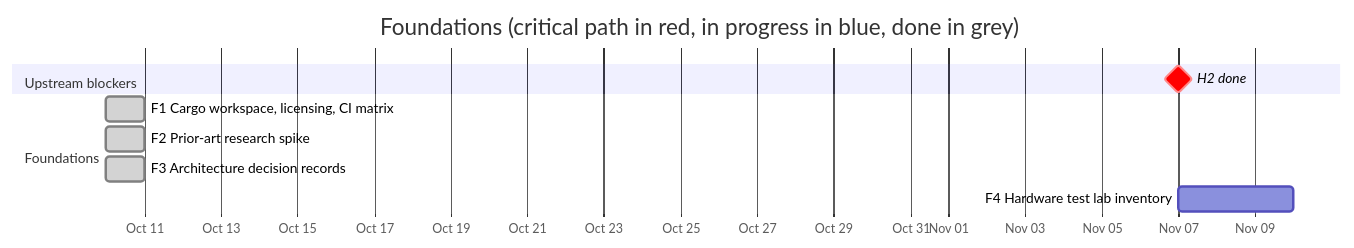
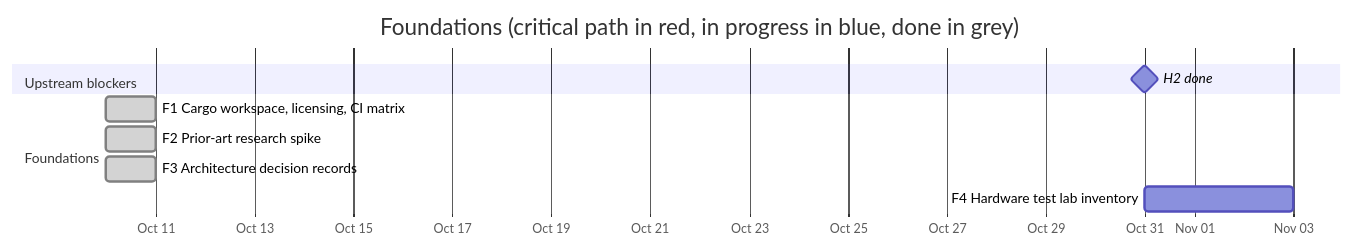
The diagram in ROADMAP/2026-10-31/00-foundations.md (anygamepad/anygamepad.github.io), drawn with Mermaid before and after one commit. The commit also changed other lines of this file and 41 other files, not shown here.

````diff
--- a/ROADMAP/2026-10-31/00-foundations.md
+++ b/ROADMAP/2026-10-31/00-foundations.md
@@ -8,13 +8,13 @@
 ```mermaid
 gantt
     dateFormat YYYY-MM-DD
     axisFormat %b %d
     title Foundations (critical path in red, in progress in blue, done in grey)
     section Upstream blockers
-    H2 done :milestone, crit, h2, 2026-11-07, 0d
+    H2 done :milestone, h2, 2026-10-31, 0d
     section Foundations
     F1 Cargo workspace, licensing, CI matrix :done, f1, 2026-10-10, 1d
     F2 Prior-art research spike :done, f2, 2026-10-10, 1d
     F3 Architecture decision records :done, f3, 2026-10-10, 1d
     F4 Hardware test lab inventory :f4, after f2 h2, 3d
 ```
````
